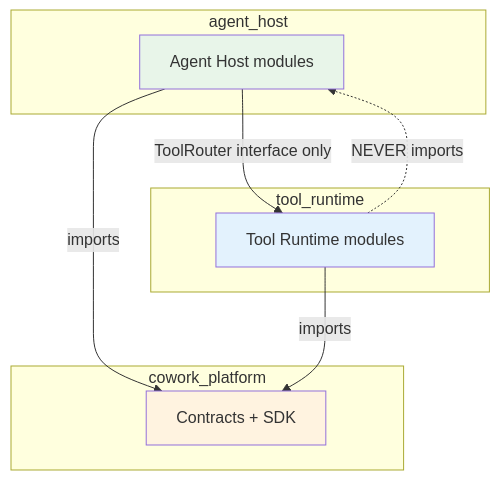
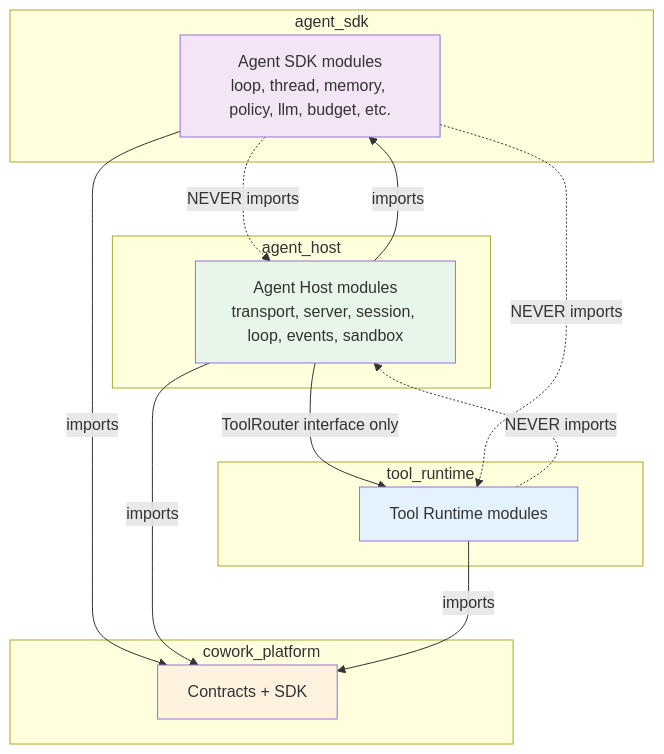
Before and after one commit to suman724/cowork-agent-runtime: diagram 24 of 24 in docs/agent-loop-architecture.md, drawn with Mermaid. The commit also changed other lines of this file and 112 other files, not shown here.

First line of the commit message:
refactor: migrate agent building blocks to cowork-agent-sdk

````diff
--- a/docs/agent-loop-architecture.md
+++ b/docs/agent-loop-architecture.md
@@ -1657,23 +1664,32 @@
 ```mermaid
 graph TD
+    subgraph agent_sdk
+        SDK["Agent SDK modules<br/>loop, thread, memory, policy, llm, budget, etc."]
+    end
+
     subgraph agent_host
-        AH[Agent Host modules]
+        AH["Agent Host modules<br/>transport, server, session, loop, events, sandbox"]
     end
 
     subgraph tool_runtime
         TRT[Tool Runtime modules]
     end
 
     subgraph cowork_platform
         CP[Contracts + SDK]
     end
 
+    SDK -->|imports| CP
+    AH -->|imports| SDK
     AH -->|imports| CP
     TRT -->|imports| CP
     AH -->|ToolRouter interface only| TRT
     TRT -.->|NEVER imports| AH
+    SDK -.->|NEVER imports| AH
+    SDK -.->|NEVER imports| TRT
 
+    style SDK fill:#f3e5f5
     style AH fill:#e8f5e9
     style TRT fill:#e3f2fd
     style CP fill:#fff3e0
 ```
````
